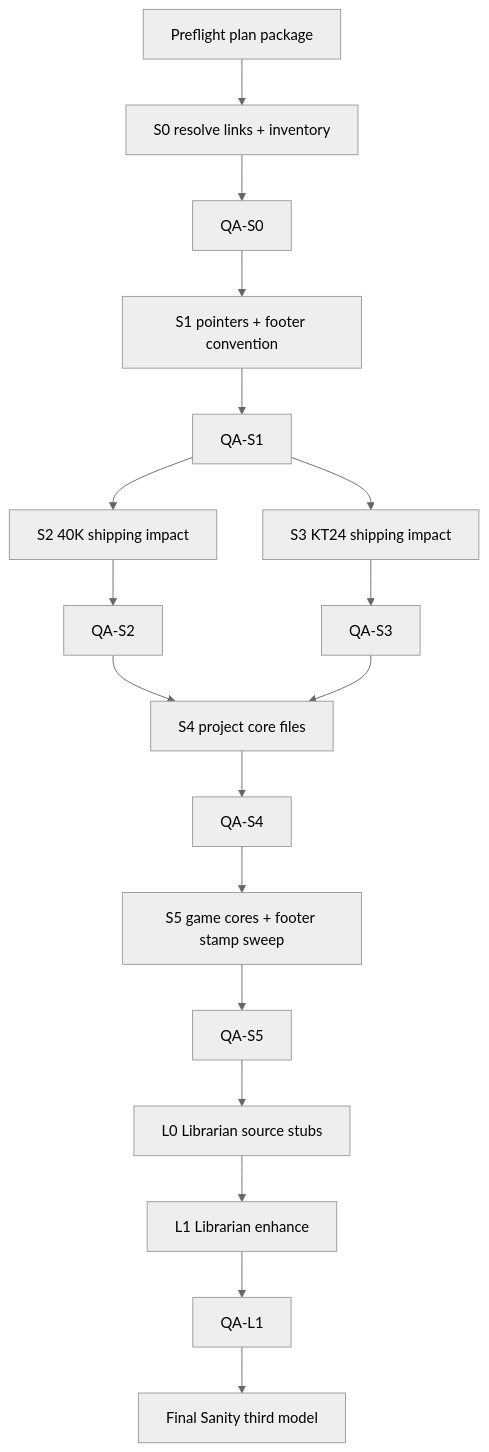
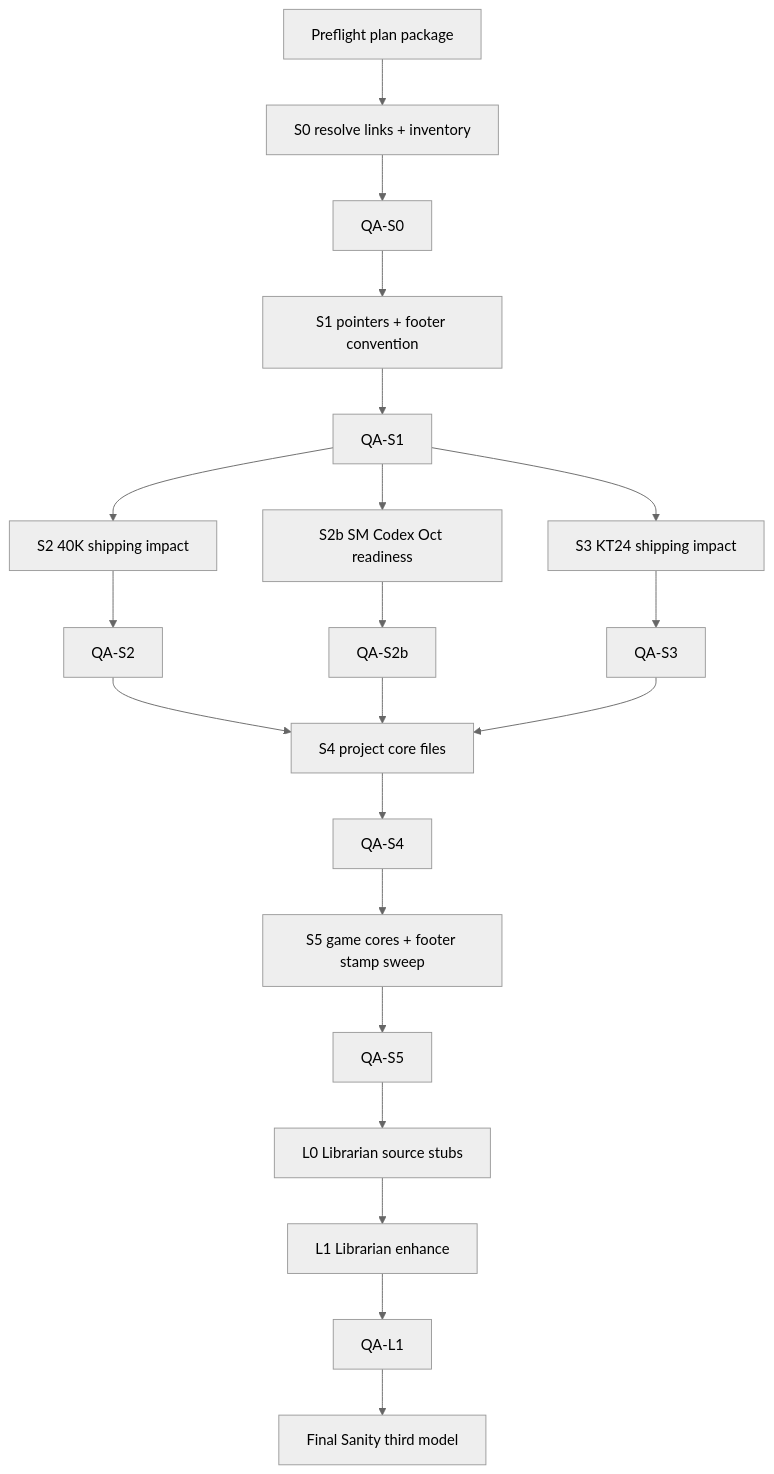
One commit to russell-catt/Wargame_Concierge changed the diagram in docs/handoffs/dataslate_0826/track_in.md. Above: the diagram before and after it, drawn with Mermaid (neutral theme). The commit also changed other lines of this file and 3 other files, not shown here.

First line of the commit message:
docs(dataslate_0826): file SM Codex Oct preview from owner paste

````diff
--- a/docs/handoffs/dataslate_0826/track_in.md
+++ b/docs/handoffs/dataslate_0826/track_in.md
@@ -109,28 +127,31 @@
 ```mermaid
 flowchart TD
   PF[Preflight plan package]
   S0[S0 resolve links + inventory]
   QA0[QA-S0]
   S1[S1 pointers + footer convention]
   QA1[QA-S1]
   S2[S2 40K shipping impact]
   QA2[QA-S2]
   S3[S3 KT24 shipping impact]
   QA3[QA-S3]
   S4[S4 project core files]
   QA4[QA-S4]
   S5[S5 game cores + footer stamp sweep]
   QA5[QA-S5]
   L0[L0 Librarian source stubs]
   L1[L1 Librarian enhance]
   QAL[QA-L1]
   FS[Final Sanity third model]
 
   PF --> S0 --> QA0 --> S1 --> QA1
   QA1 --> S2 --> QA2
+  QA1 --> S2b[S2b SM Codex Oct readiness]
+  S2b --> QA2b[QA-S2b]
   QA1 --> S3 --> QA3
   QA2 --> S4
+  QA2b --> S4
   QA3 --> S4
   S4 --> QA4 --> S5 --> QA5
   QA5 --> L0 --> L1 --> QAL --> FS
 ```
````
